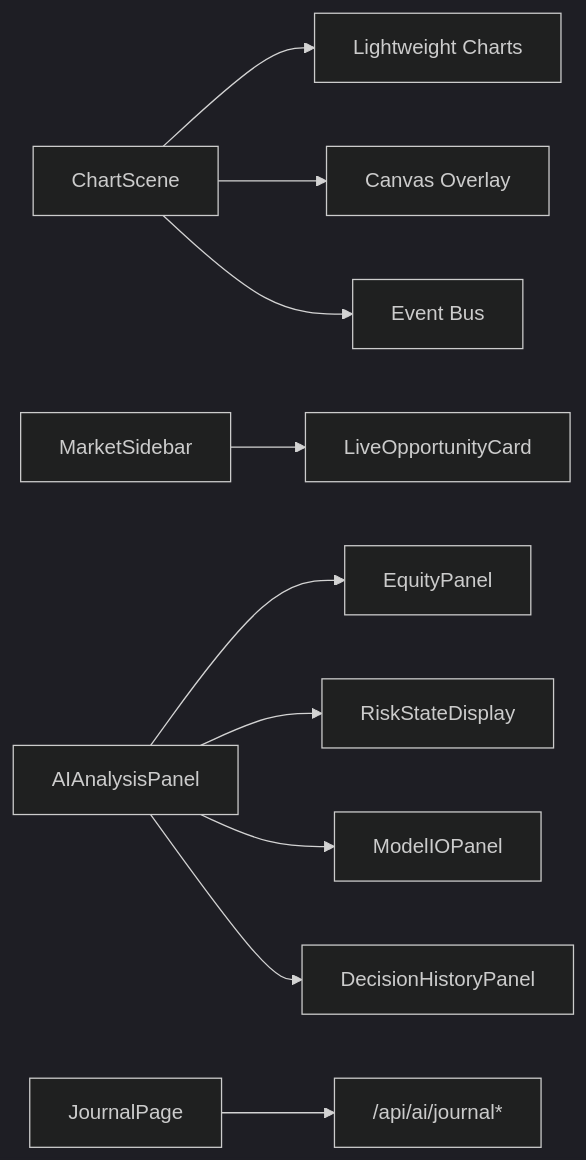
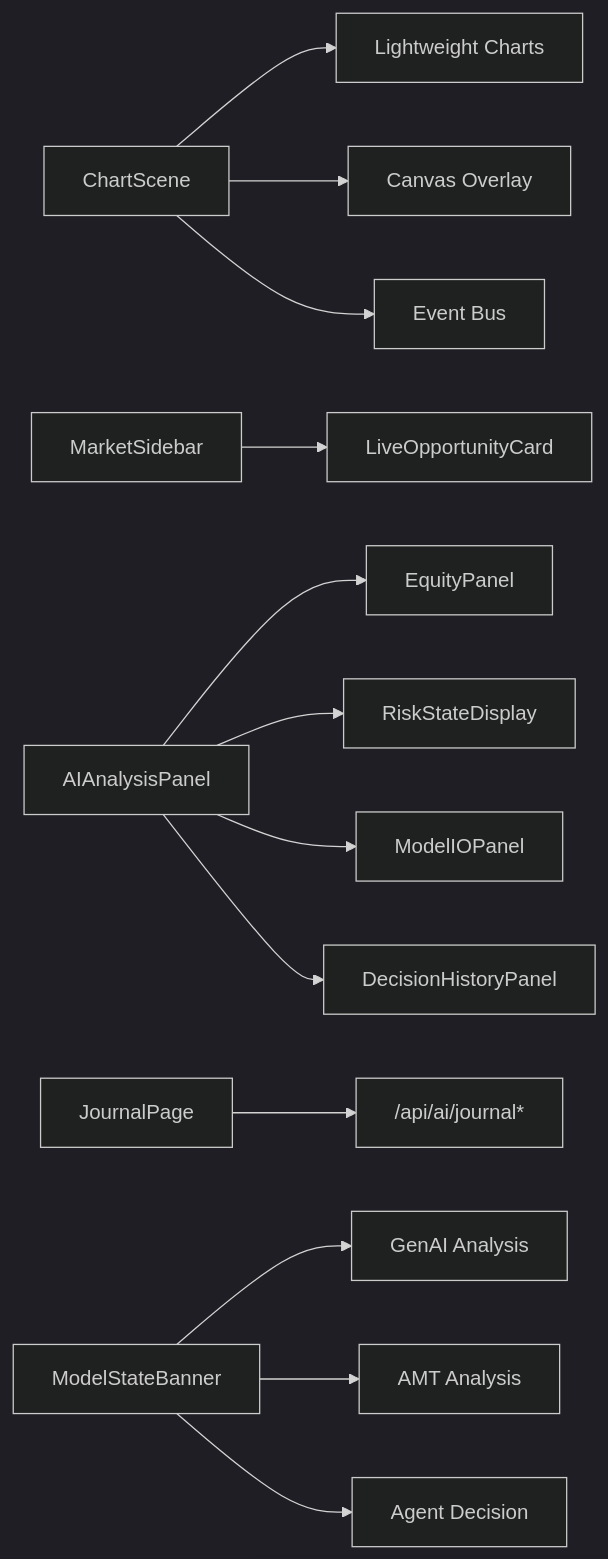
The eighth of 8 diagrams in .qoder/repowiki/en/content/Frontend Application/React Components/React Components.md (gemrajkhatry-maker/v5-of-glassytrade-ai), drawn with Mermaid (dark theme) before and after one commit. The commit also changed other lines of this file and 219 other files, not shown here.

First line of the commit message:
refactor: major architecture improvements across backend, backendv2, brokers, and frontend

````diff
--- a/.qoder/repowiki/en/content/Frontend Application/React Components/React Components.md
+++ b/.qoder/repowiki/en/content/Frontend Application/React Components/React Components.md
@@ -399,12 +468,15 @@
 ```mermaid
 graph LR
 CS["ChartScene"] --> LC["Lightweight Charts"]
 CS --> CV["Canvas Overlay"]
 CS --> BUS["Event Bus"]
 MS["MarketSidebar"] --> LO["LiveOpportunityCard"]
 AIP["AIAnalysisPanel"] --> EP["EquityPanel"]
 AIP --> RSD["RiskStateDisplay"]
 AIP --> MIO["ModelIOPanel"]
 AIP --> DHP["DecisionHistoryPanel"]
 JP["JournalPage"] --> API["/api/ai/journal*"]
+MB["ModelStateBanner"] --> GENAI["GenAI Analysis"]
+MB --> AMT["AMT Analysis"]
+MB --> DEC["Agent Decision"]
 ```
````
